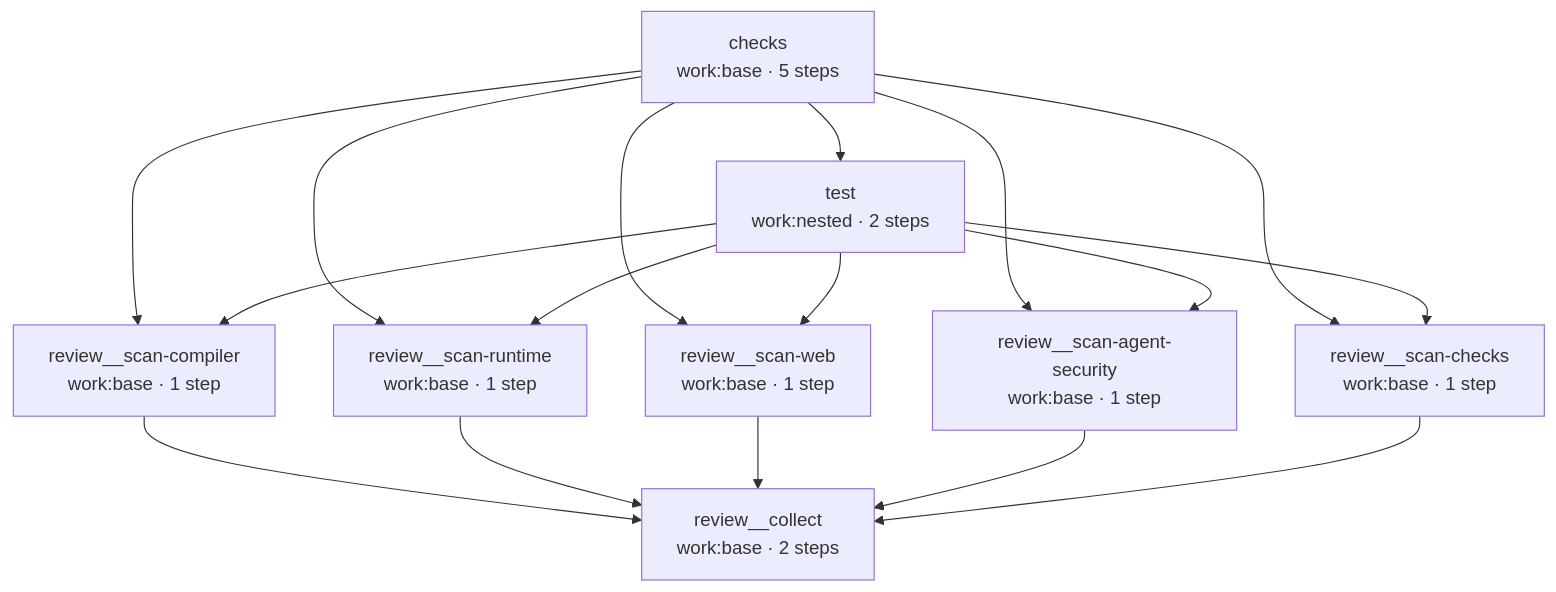
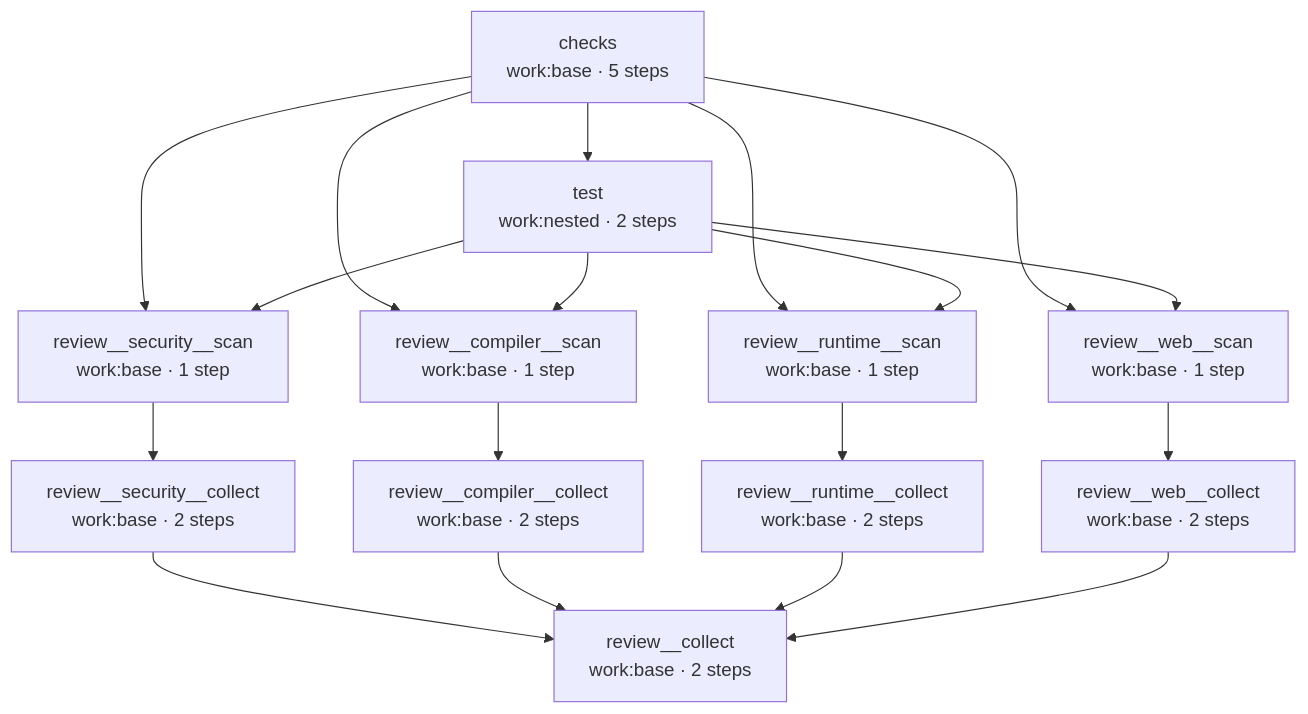
Before and after one commit to nullbytelabs/work: the diagram in docs-site/examples/dogfooding.md, drawn with Mermaid. The commit also changed other lines of this file and 3 other files, not shown here.

````diff
--- a/docs-site/examples/dogfooding.md
+++ b/docs-site/examples/dogfooding.md
@@ -43,27 +50,31 @@
 ```mermaid
 flowchart TD
   n0["checks<br/>work:base · 5 steps"]
   n1["test<br/>work:nested · 2 steps"]
-  n2["review__scan-agent-security<br/>work:base · 1 step"]
-  n3["review__scan-checks<br/>work:base · 1 step"]
-  n4["review__scan-compiler<br/>work:base · 1 step"]
-  n5["review__scan-runtime<br/>work:base · 1 step"]
-  n6["review__scan-web<br/>work:base · 1 step"]
-  n7["review__collect<br/>work:base · 2 steps"]
+  n2["review__compiler__scan<br/>work:base · 1 step"]
+  n3["review__compiler__collect<br/>work:base · 2 steps"]
+  n4["review__runtime__scan<br/>work:base · 1 step"]
+  n5["review__runtime__collect<br/>work:base · 2 steps"]
+  n6["review__security__scan<br/>work:base · 1 step"]
+  n7["review__security__collect<br/>work:base · 2 steps"]
+  n8["review__web__scan<br/>work:base · 1 step"]
+  n9["review__web__collect<br/>work:base · 2 steps"]
+  n10["review__collect<br/>work:base · 2 steps"]
   n0 --> n1
   n0 --> n2
   n1 --> n2
-  n0 --> n3
-  n1 --> n3
+  n2 --> n3
   n0 --> n4
   n1 --> n4
-  n0 --> n5
-  n1 --> n5
+  n4 --> n5
   n0 --> n6
   n1 --> n6
-  n4 --> n7
-  n5 --> n7
   n6 --> n7
-  n2 --> n7
-  n3 --> n7
+  n0 --> n8
+  n1 --> n8
+  n8 --> n9
+  n7 --> n10
+  n3 --> n10
+  n5 --> n10
+  n9 --> n10
 ```
````
